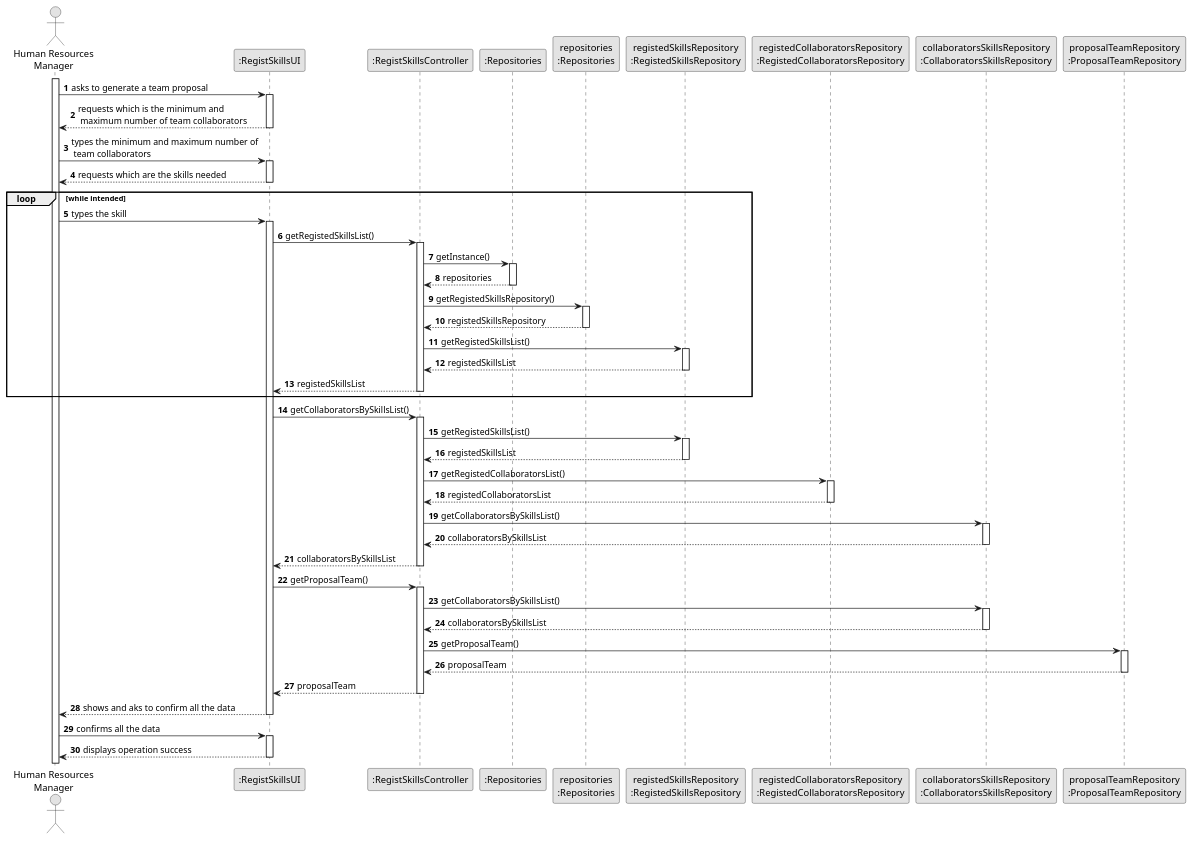
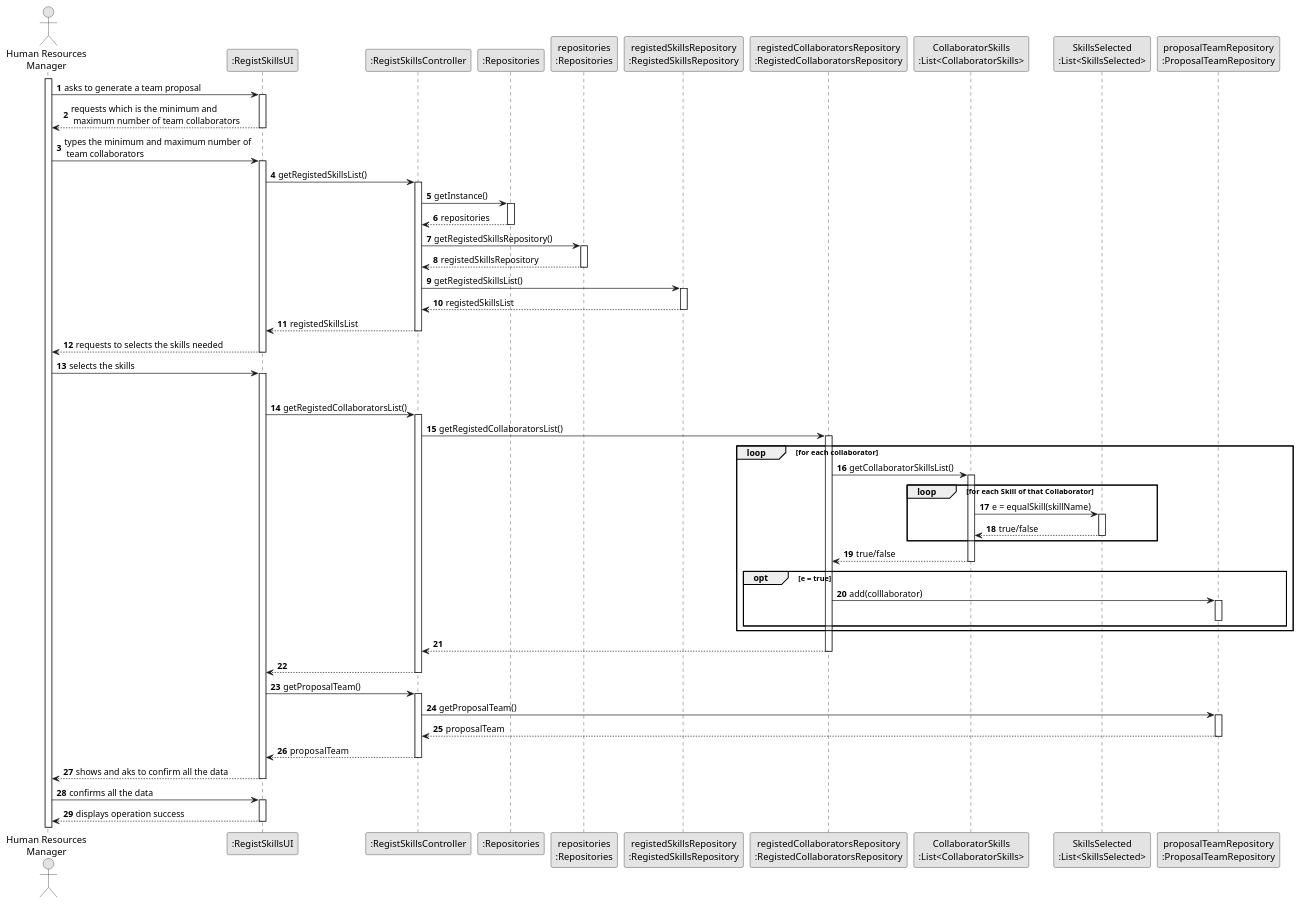
Before and after one commit to 1231360-ISEP/lei-24-s2-1db-g021: the diagram in docs/sprint2/us005/03.design/puml/us005-sequence-diagram-full.puml, drawn with PlantUML. The commit also changed 5 other files, not shown here.

Commit message:
Update US01 and US05 - Sequence Diagrams and SVG´s

```diff
--- a/docs/sprint2/us005/03.design/puml/us005-sequence-diagram-full.puml
+++ b/docs/sprint2/us005/03.design/puml/us005-sequence-diagram-full.puml
@@ -1,121 +1,128 @@
 @startuml
 skinparam monochrome true
 skinparam packageStyle rectangle
 skinparam shadowing false
 
 actor "Human Resources\nManager" as HRM
 participant ":RegistSkillsUI" as UI
 participant ":RegistSkillsController" as CTRL
 participant ":Repositories" as RepositorySingleton
 participant "repositories\n:Repositories" as PLAT
 participant "registedSkillsRepository\n:RegistedSkillsRepository" as RegistedSkillsRepository
 participant "registedCollaboratorsRepository\n:RegistedCollaboratorsRepository" as RegistedCollaboratorsRepository
-participant "collaboratorsSkillsRepository\n:CollaboratorsSkillsRepository" as CollaboratorsSkillsRepository
+participant "CollaboratorSkills\n:List<CollaboratorSkills>" as CollaboratorSkills
+participant "SkillsSelected\n:List<SkillsSelected>" as ListOfSkillsSelected
 participant "proposalTeamRepository\n:ProposalTeamRepository" as ProposalTeamRepository
 
 autonumber 1
 
 activate HRM
 
-    HRM -> UI : asks to generate a team proposal
-        activate UI
+HRM -> UI : asks to generate a team proposal
+    activate UI
 
-    UI --> HRM : requests which is the minimum and\n maximum number of team collaborators
-    deactivate UI
+UI --> HRM : requests which is the minimum and\n maximum number of team collaborators
+deactivate UI
 
 
-    HRM -> UI : types the minimum and maximum number of\n team collaborators
-        activate UI
+HRM -> UI : types the minimum and maximum number of\n team collaborators
+    activate UI
 
-    UI --> HRM : requests which are the skills needed
-    deactivate UI
+UI -> CTRL: getRegistedSkillsList()
 
-    loop while intended
+activate CTRL
 
-            HRM -> UI : types the skill
-        activate UI
+    CTRL -> RepositorySingleton : getInstance()
+activate RepositorySingleton
 
-            UI -> CTRL: getRegistedSkillsList()
+RepositorySingleton --> CTRL: repositories
+deactivate RepositorySingleton
 
-        activate CTRL
+    CTRL -> PLAT : getRegistedSkillsRepository()
+activate PLAT
 
-            CTRL -> RepositorySingleton : getInstance()
-        activate RepositorySingleton
+PLAT --> CTRL: registedSkillsRepository
+deactivate PLAT
 
-        RepositorySingleton --> CTRL: repositories
-        deactivate RepositorySingleton
+    CTRL -> RegistedSkillsRepository : getRegistedSkillsList()
+activate RegistedSkillsRepository
 
-            CTRL -> PLAT : getRegistedSkillsRepository()
-        activate PLAT
+RegistedSkillsRepository --> CTRL : registedSkillsList
+deactivate RegistedSkillsRepository
 
-        PLAT --> CTRL: registedSkillsRepository
-        deactivate PLAT
+CTRL --> UI : registedSkillsList
+deactivate CTRL
 
-            CTRL -> RegistedSkillsRepository : getRegistedSkillsList()
-        activate RegistedSkillsRepository
+UI --> HRM : requests to selects the skills needed
+deactivate UI
 
-        RegistedSkillsRepository --> CTRL : registedSkillsList
-        deactivate RegistedSkillsRepository
+    HRM -> UI : selects the skills
+activate UI
 
-        CTRL --> UI : registedSkillsList
-        deactivate CTRL
+deactivate CTRL
 
-    deactivate CTRL
+UI -> CTRL: getRegistedCollaboratorsList()
+
+activate CTRL
+
+    CTRL -> RegistedCollaboratorsRepository : getRegistedCollaboratorsList()
+activate RegistedCollaboratorsRepository
+
+    loop for each collaborator
+            RegistedCollaboratorsRepository -> CollaboratorSkills : getCollaboratorSkillsList()
+        activate CollaboratorSkills
+
+            loop for each Skill of that Collaborator
+                    CollaboratorSkills -> ListOfSkillsSelected : e = equalSkill(skillName)
+                activate ListOfSkillsSelected
+
+                CollaboratorSkills <-- ListOfSkillsSelected : true/false
+                deactivate ListOfSkillsSelected
+            end
+        RegistedCollaboratorsRepository <-- CollaboratorSkills : true/false
+        deactivate CollaboratorSkills
+
+        opt e = true
+
+            RegistedCollaboratorsRepository -> ProposalTeamRepository : add(colllaborator)
+            activate ProposalTeamRepository
+            deactivate ProposalTeamRepository
+
+        end
+
+        deactivate CollaboratorSkills
+
     end
 
-    UI -> CTRL: getCollaboratorsBySkillsList()
-
-    activate CTRL
-
-    CTRL -> RegistedSkillsRepository : getRegistedSkillsList()
-    activate RegistedSkillsRepository
-
-        RegistedSkillsRepository --> CTRL : registedSkillsList
-    deactivate RegistedSkillsRepository
-
-    CTRL -> RegistedCollaboratorsRepository : getRegistedCollaboratorsList()
-        activate RegistedCollaboratorsRepository
-
-        RegistedCollaboratorsRepository --> CTRL: registedCollaboratorsList
-        deactivate RegistedCollaboratorsRepository
-
-        CTRL -> CollaboratorsSkillsRepository : getCollaboratorsBySkillsList()
-    activate CollaboratorsSkillsRepository
-
-    CollaboratorsSkillsRepository --> CTRL : collaboratorsBySkillsList
-    deactivate CollaboratorsSkillsRepository
-
-    CTRL --> UI : collaboratorsBySkillsList
-    deactivate CTRL
-
-    UI -> CTRL: getProposalTeam()
-
-    activate CTRL
-
-        CTRL -> CollaboratorsSkillsRepository : getCollaboratorsBySkillsList()
-    activate CollaboratorsSkillsRepository
-
-    CollaboratorsSkillsRepository --> CTRL: collaboratorsBySkillsList
-    deactivate CollaboratorsSkillsRepository
-
-        CTRL -> ProposalTeamRepository : getProposalTeam()
-    activate ProposalTeamRepository
-
-    ProposalTeamRepository --> CTRL : proposalTeam
-    deactivate ProposalTeamRepository
-
-    CTRL --> UI : proposalTeam
-    deactivate CTRL
+RegistedCollaboratorsRepository --> CTRL:
+deactivate RegistedCollaboratorsRepository
 
 
-    UI --> HRM : shows and aks to confirm all the data
-    deactivate UI
+CTRL --> UI :
+deactivate CTRL
 
-    HRM -> UI : confirms all the data
-    activate UI
+UI -> CTRL: getProposalTeam()
 
-    UI --> HRM : displays operation success
-    deactivate UI
+activate CTRL
+
+    CTRL -> ProposalTeamRepository : getProposalTeam()
+activate ProposalTeamRepository
+
+ProposalTeamRepository --> CTRL : proposalTeam
+deactivate ProposalTeamRepository
+
+CTRL --> UI : proposalTeam
+deactivate CTRL
+
+
+UI --> HRM : shows and aks to confirm all the data
+deactivate UI
+
+HRM -> UI : confirms all the data
+activate UI
+
+UI --> HRM : displays operation success
+deactivate UI
 
 
 @enduml
```
